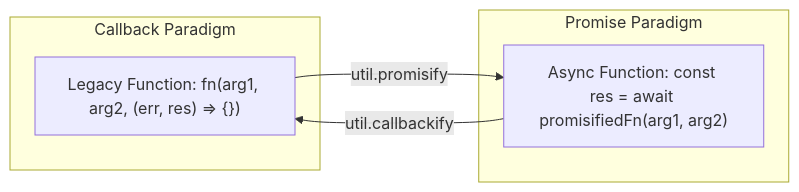
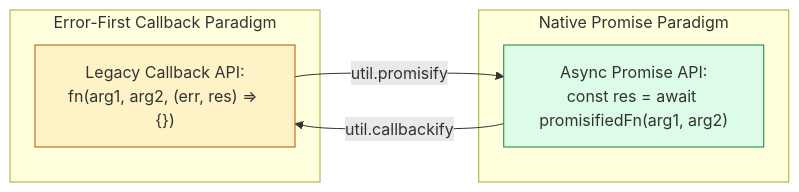
One commit to Amie-dev/engineering-playbook changed the first of 2 diagrams in nodejs-notes/21-util-module.md. Above: the diagram before and after it, drawn with Mermaid. The commit also changed other lines of this file and 31 other files, not shown here.

````diff
--- a/nodejs-notes/21-util-module.md
+++ b/nodejs-notes/21-util-module.md
@@ -13,13 +15,16 @@
 ```mermaid
 flowchart LR
-    subgraph Callback Paradigm
-        LegacyFn["Legacy Function: fn(arg1, arg2, (err, res) => {})"]
+    subgraph Error-First Callback Paradigm
+        LegacyFn["Legacy Callback API:<br/>fn(arg1, arg2, (err, res) => {})"]
     end
 
-    subgraph Promise Paradigm
-        PromiseFn["Async Function: const res = await promisifiedFn(arg1, arg2)"]
+    subgraph Native Promise Paradigm
+        PromiseFn["Async Promise API:<br/>const res = await promisifiedFn(arg1, arg2)"]
     end
 
     LegacyFn -->|util.promisify| PromiseFn
     PromiseFn -->|util.callbackify| LegacyFn
+
+    style LegacyFn fill:#fef3c7,stroke:#b45309
+    style PromiseFn fill:#dcfce7,stroke:#15803d
 ```
````
